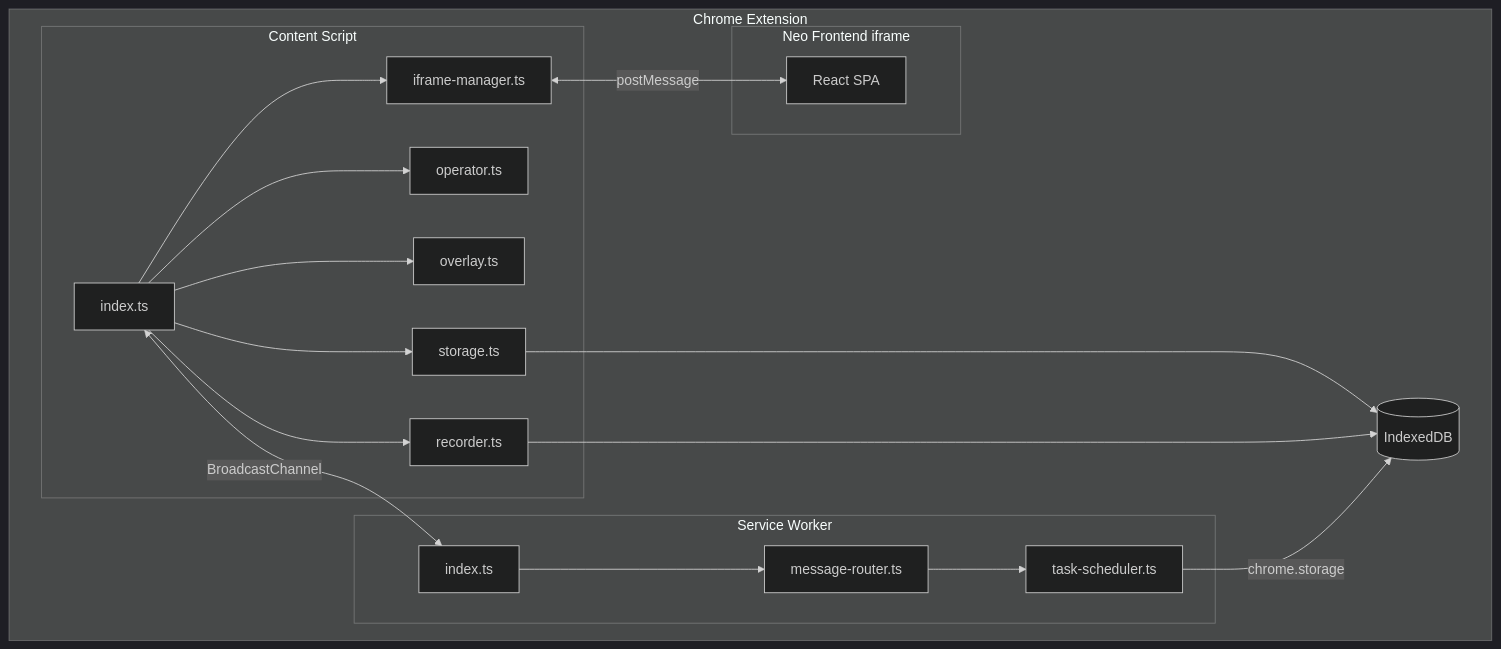
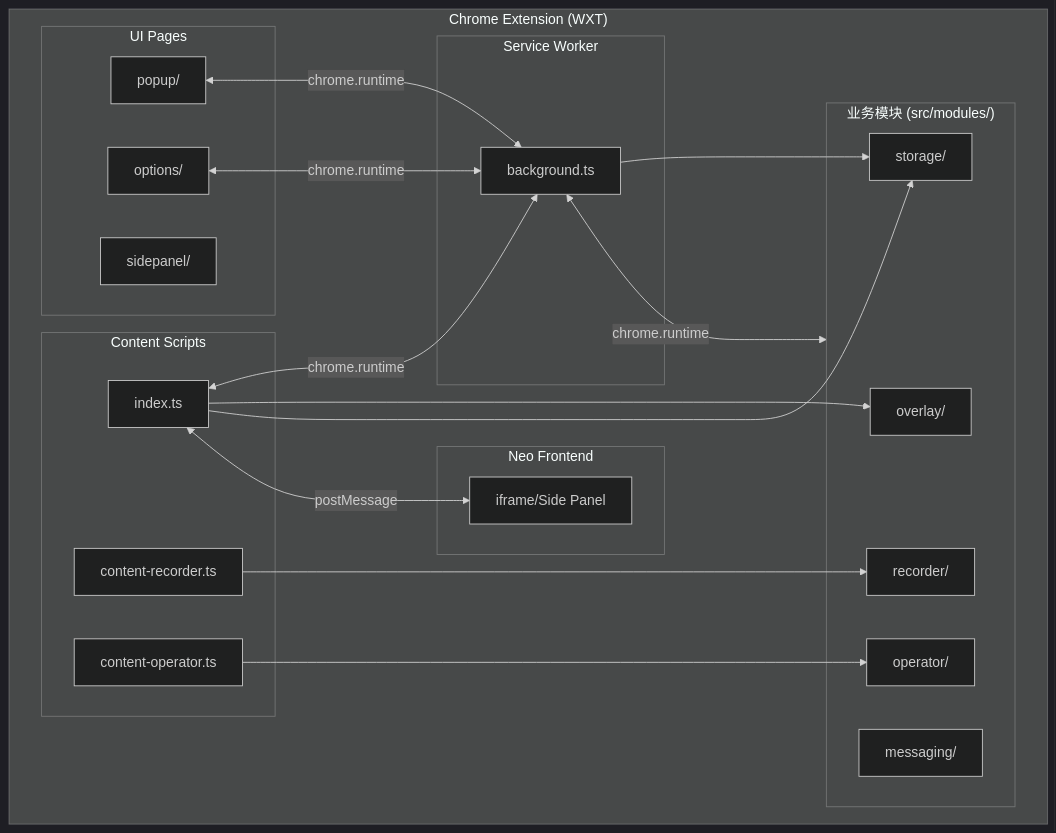
Before and after one commit to zhaoxin34/matrix: the diagram in neo/design/docs/technical/arch/arch-chrome-extension.md, drawn with Mermaid (dark theme). The commit also changed other lines of this file and 20 other files, not shown here.

````diff
--- a/neo/design/docs/technical/arch/arch-chrome-extension.md
+++ b/neo/design/docs/technical/arch/arch-chrome-extension.md
@@ -95,39 +125,43 @@
 ```mermaid
 graph TB
-    subgraph Extension["Chrome Extension"]
+    subgraph Extension["Chrome Extension (WXT)"]
         subgraph Background["Service Worker"]
-            B1[index.ts]
-            B2[task-scheduler.ts]
-            B3[message-router.ts]
+            BG[background.ts]
         end
         
-        subgraph ContentScript["Content Script"]
-            C1[index.ts]
-            C2[recorder.ts]
-            C3[operator.ts]
-            C4[overlay.ts]
-            C5[iframe-manager.ts]
-            C6[storage.ts]
+        subgraph ContentScripts["Content Scripts"]
+            CS[index.ts]
+            CS_REC[content-recorder.ts]
+            CS_OP[content-operator.ts]
         end
         
-        subgraph Frontend["Neo Frontend iframe"]
-            F1[React SPA]
+        subgraph UIPages["UI Pages"]
+            POPUP[popup/]
+            OPTIONS[options/]
+            SIDEPANEL[sidepanel/]
         end
         
-        B1 --> B3
-        B3 --> B2
-        B2 -->|chrome.storage| DB[(IndexedDB)]
+        subgraph Modules["业务模块 (src/modules/)"]
+            REC[recorder/]
+            OP[operator/]
+            OV[overlay/]
+            ST[storage/]
+            MSG[messaging/]
+        end
         
-        C1 --> C2
-        C1 --> C3
-        C1 --> C4
-        C1 --> C5
-        C1 --> C6
+        subgraph Frontend["Neo Frontend"]
+            FE[iframe/Side Panel]
+        end
         
-        C2 --> DB
-        C6 --> DB
-        
-        C5 <-->|postMessage| F1
-        C1 <-->|BroadcastChannel| B1
+        BG <-->|chrome.runtime| Modules
+        POPUP <-->|chrome.runtime| BG
+        OPTIONS <-->|chrome.runtime| BG
+        CS <-->|chrome.runtime| BG
+        CS_REC --> REC
+        CS_OP --> OP
+        CS --> OV
+        CS --> ST
+        CS <-->|postMessage| FE
+        BG --> ST
     end
 ```
````
